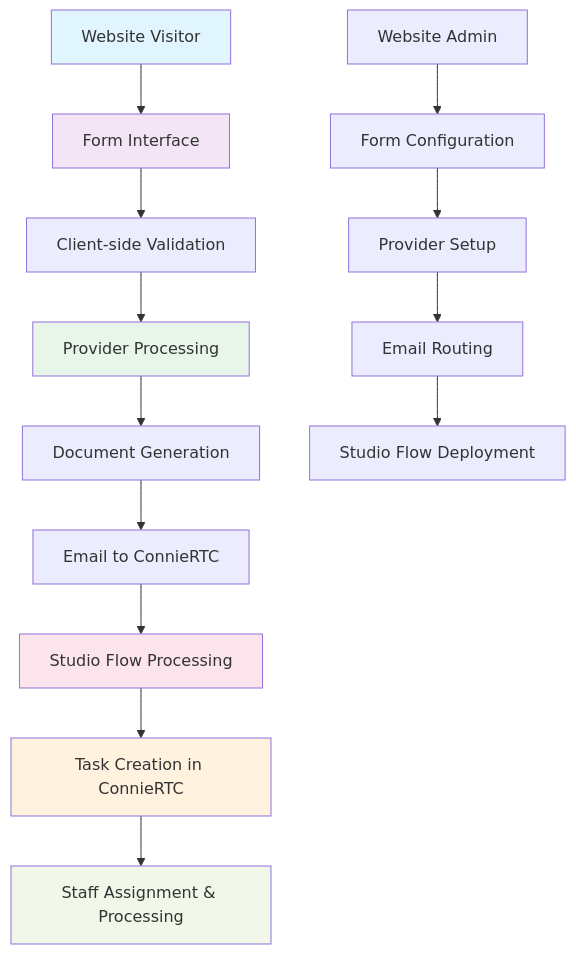
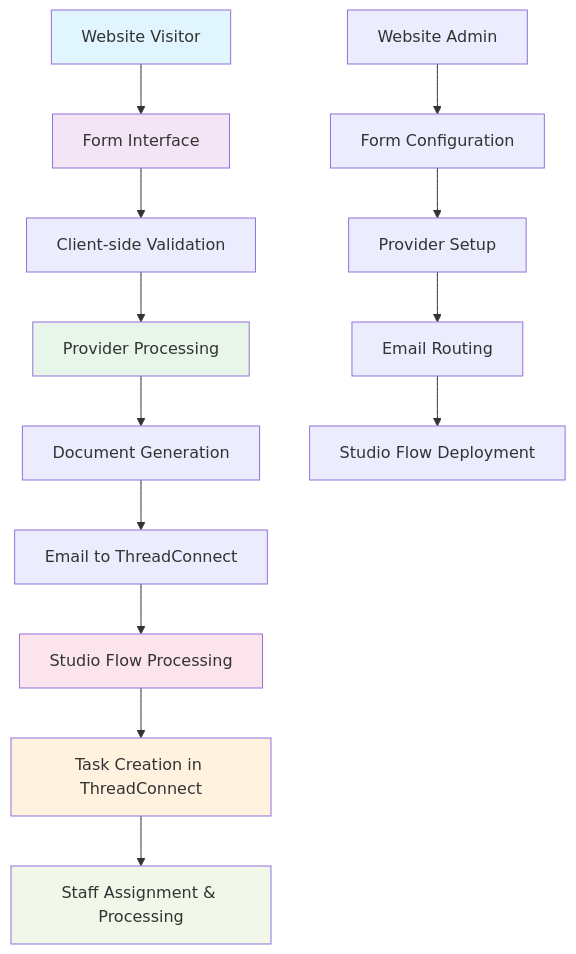
The first of 4 diagrams in docs/techops/feature-deployment/feature-management/channels/web/implementation-guide.md (ConnieML/docs.connie), drawn with Mermaid before and after one commit. The commit also changed other lines of this file and 129 other files, not shown here.

First line of the commit message:
Rebrand ConnieRTC -> ThreadConnect across docs (CEO approval 2026-10-30, round 2)

````diff
--- a/docs/techops/feature-deployment/feature-management/channels/web/implementation-guide.md
+++ b/docs/techops/feature-deployment/feature-management/channels/web/implementation-guide.md
@@ -17,23 +17,23 @@
 ```mermaid
 flowchart TB
     A[Website Visitor] --> B[Form Interface]
     B --> C[Client-side Validation]
     C --> D[Provider Processing]
     D --> E[Document Generation]
-    E --> F[Email to ConnieRTC]
+    E --> F[Email to ThreadConnect]
     F --> G[Studio Flow Processing]
-    G --> H[Task Creation in ConnieRTC]
+    G --> H[Task Creation in ThreadConnect]
     H --> I[Staff Assignment & Processing]
     
     J[Website Admin] --> K[Form Configuration]
     K --> L[Provider Setup]
     L --> M[Email Routing]
     M --> N[Studio Flow Deployment]
     
     style A fill:#e1f5fe
     style B fill:#f3e5f5
     style D fill:#e8f5e9
     style G fill:#fce4ec
     style H fill:#fff3e0
     style I fill:#f1f8e9
 ```
````
